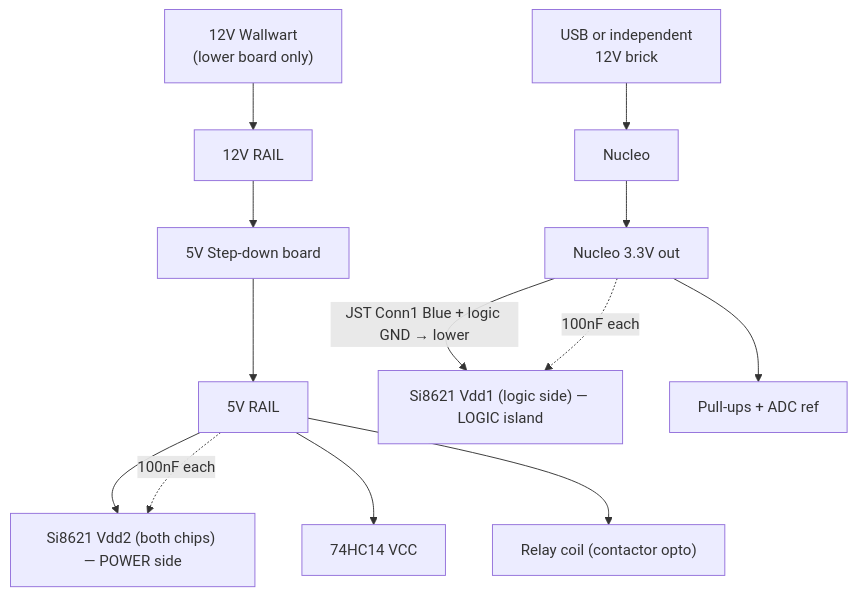
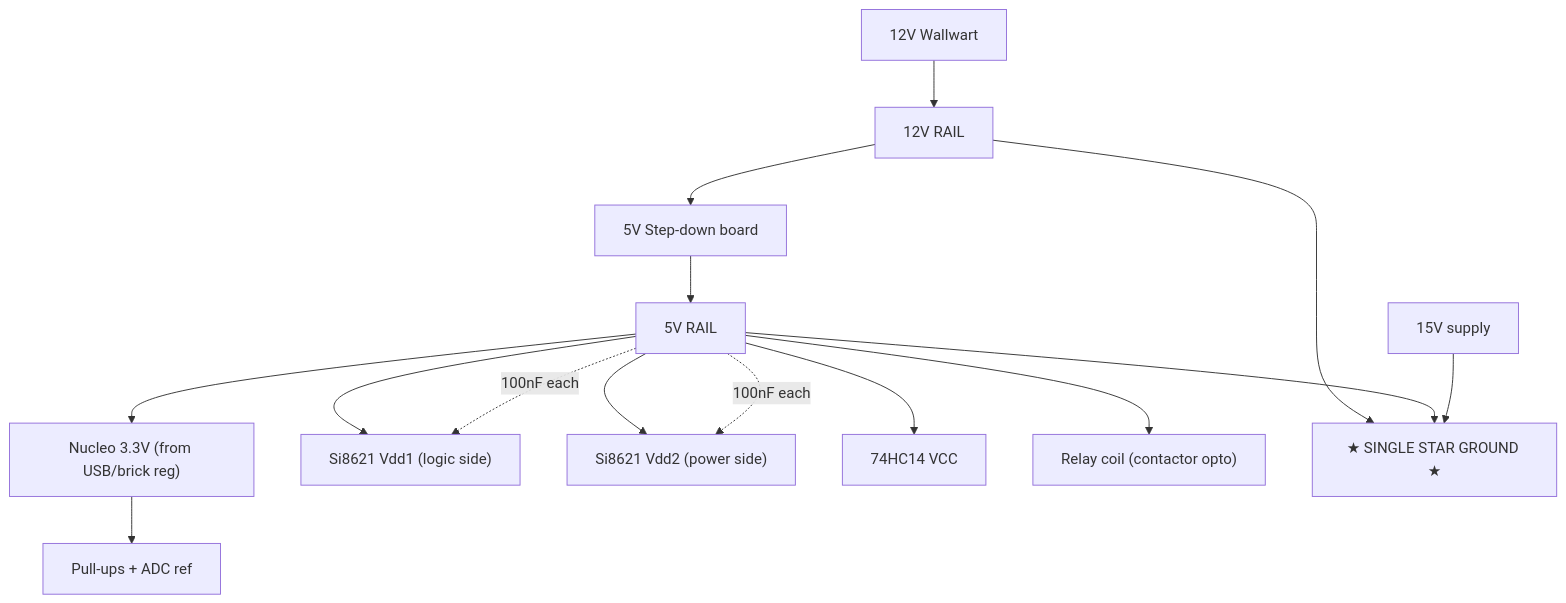
One commit to metanurb21/Nucleo-induction-heater changed the fifth of 7 diagrams in docs/SHIELD_LAYOUT.md. Above: the diagram before and after it, drawn with Mermaid. The commit also changed other lines of this file and 2 other files, not shown here.

First line of the commit message:
Revert to single star ground; add noise-mitigation notes + extra decoupling

````diff
--- a/docs/SHIELD_LAYOUT.md
+++ b/docs/SHIELD_LAYOUT.md
@@ -79,19 +80,20 @@
 ```mermaid
 graph TD
-    USB["USB or independent<br/>12V brick"] --> NUC["Nucleo"]
-    NUC --> V33["Nucleo 3.3V out"]
-
-    WALL["12V Wallwart<br/>(lower board only)"] --> R12["12V RAIL"]
+    WALL["12V Wallwart"] --> R12["12V RAIL"]
     R12 --> STEP["5V Step-down board"]
     STEP --> R5["5V RAIL"]
+    R5 --> V33["Nucleo 3.3V (from USB/brick reg)"]
 
-    R5 --> ISO_VDD2["Si8621 Vdd2 (both chips) — POWER side"]
+    R5 --> ISO_VDD1["Si8621 Vdd1 (logic side)"]
+    R5 --> ISO_VDD2["Si8621 Vdd2 (power side)"]
     R5 --> HC14V["74HC14 VCC"]
     R5 --> RELAY["Relay coil (contactor opto)"]
-
-    V33 -->|"JST Conn1 Blue + logic GND → lower"| ISO_VDD1["Si8621 Vdd1 (logic side) — LOGIC island"]
     V33 --> PULLUPS["Pull-ups + ADC ref"]
 
+    R12 --> STAR["★ SINGLE STAR GROUND ★"]
+    R5 --> STAR
+    HV15["15V supply"] --> STAR
+
     R5 -.->|"100nF each"| ISO_VDD2
-    V33 -.->|"100nF each"| ISO_VDD1
+    R5 -.->|"100nF each"| ISO_VDD1
 ```
````
